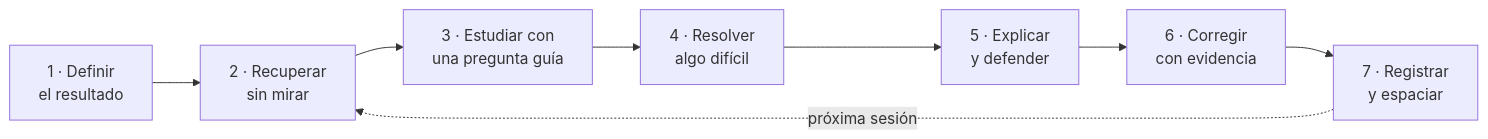
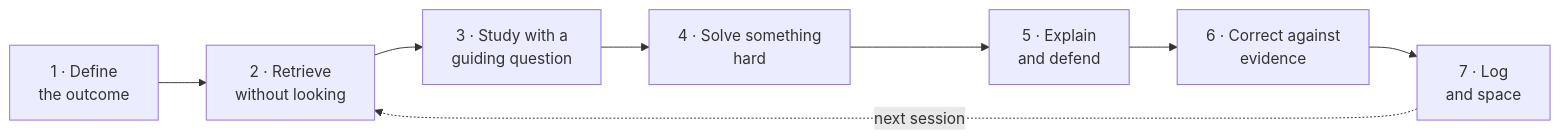
Before and after one commit to Mlle-LondonG/agora-skill: the diagram in README.md, drawn with Mermaid. The commit also changed other lines of this file and 4 other files, not shown here.

````diff
--- a/README.md
+++ b/README.md
@@ -80,10 +101,10 @@
 ```mermaid
 flowchart LR
-    A["1 · Definir<br/>el resultado"] --> B["2 · Recuperar<br/>sin mirar"]
-    B --> C["3 · Estudiar con<br/>una pregunta guía"]
-    C --> D["4 · Resolver<br/>algo difícil"]
-    D --> E["5 · Explicar<br/>y defender"]
-    E --> F["6 · Corregir<br/>con evidencia"]
-    F --> G["7 · Registrar<br/>y espaciar"]
-    G -. "próxima sesión" .-> B
+    A["1 · Define<br/>the outcome"] --> B["2 · Retrieve<br/>without looking"]
+    B --> C["3 · Study with a<br/>guiding question"]
+    C --> D["4 · Solve something<br/>hard"]
+    D --> E["5 · Explain<br/>and defend"]
+    E --> F["6 · Correct against<br/>evidence"]
+    F --> G["7 · Log<br/>and space"]
+    G -. "next session" .-> B
 ```
````
